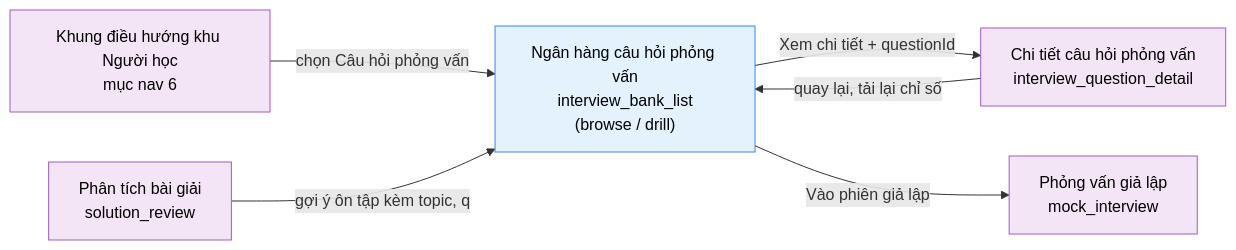
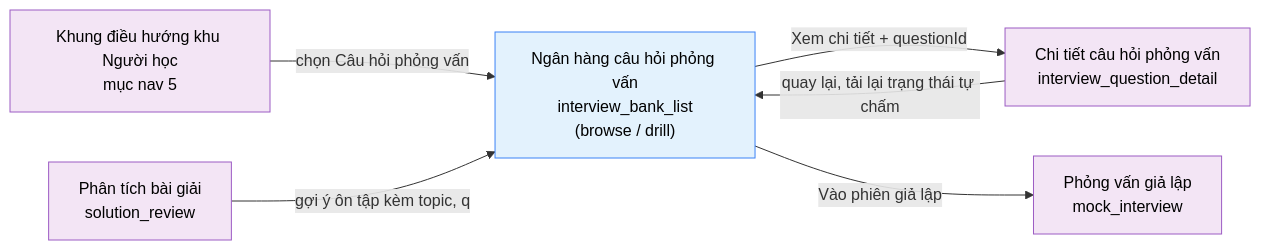
The diagram in 02-bd/screens/users/USR0401_interview_bank_list.md (daiphu1801/PRJ_ALGOPREP), drawn with Mermaid before and after one commit. The commit also changed other lines of this file and 458 other files, not shown here.

````diff
--- a/02-bd/screens/users/USR0401_interview_bank_list.md
+++ b/02-bd/screens/users/USR0401_interview_bank_list.md
@@ -151,14 +159,14 @@
 ```mermaid
 flowchart LR
-    nav["Khung điều hướng khu Người học<br/>mục nav 6"] -->|"chọn Câu hỏi phỏng vấn"| main["Ngân hàng câu hỏi phỏng vấn<br/>interview_bank_list<br/>(browse / drill)"]
+    nav["Khung điều hướng khu Người học<br/>mục nav 5"] -->|"chọn Câu hỏi phỏng vấn"| main["Ngân hàng câu hỏi phỏng vấn<br/>interview_bank_list<br/>(browse / drill)"]
     review["Phân tích bài giải<br/>solution_review"] -->|"gợi ý ôn tập kèm topic, q"| main
     main -->|"Xem chi tiết + questionId"| detail["Chi tiết câu hỏi phỏng vấn<br/>interview_question_detail"]
-    detail -->|"quay lại, tải lại chỉ số"| main
+    detail -->|"quay lại, tải lại trạng thái tự chấm"| main
     main -->|"Vào phiên giả lập"| mock["Phỏng vấn giả lập<br/>mock_interview"]
 
     classDef source fill:#F3E5F5,stroke:#9C5CC4,color:#000
     classDef screen fill:#E3F2FD,stroke:#3B82F6,color:#000
 
     class nav,review,detail,mock source
     class main screen
 ```
````
